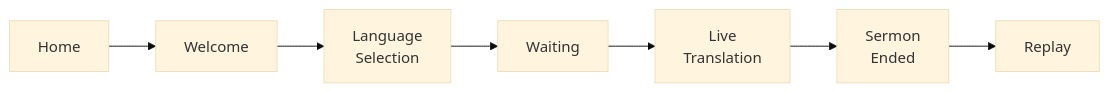
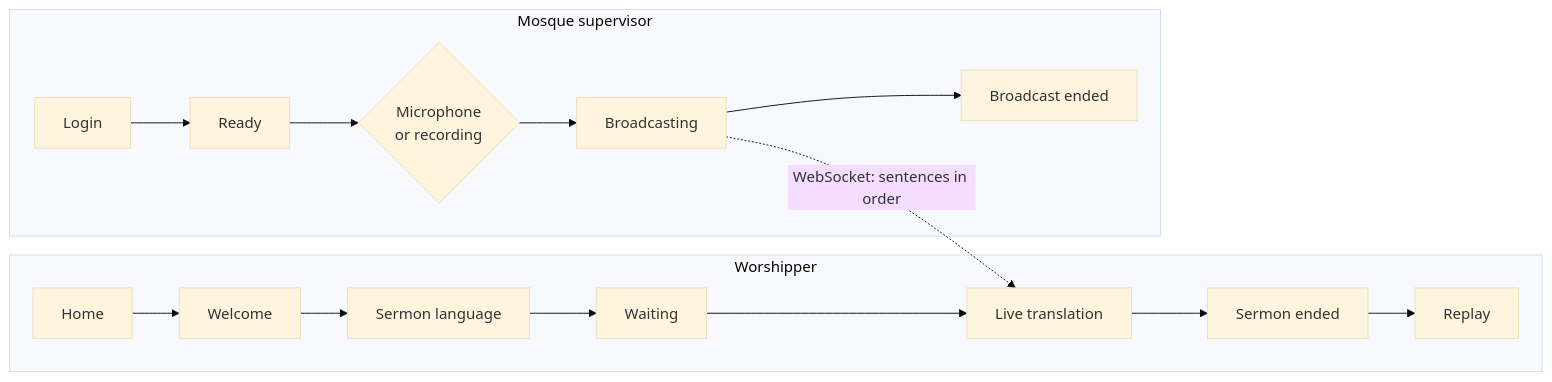
The first of 3 diagrams in README.md (arwaasirii2006-coder/minbar), drawn with Mermaid (base theme) before and after one commit. The commit also changed other lines of this file and 9 other files, not shown here.

````diff
--- a/README.md
+++ b/README.md
@@ -100,4 +109,10 @@
 ```mermaid
 flowchart LR
-    H["Home"] --> W["Welcome"] --> L["Language<br/>Selection"] --> WT["Waiting"] --> LT["Live<br/>Translation"] --> E["Sermon<br/>Ended"] --> R["Replay"]
+    subgraph W["Worshipper"]
+        H["Home"] --> WE["Welcome"] --> L["Sermon language"] --> WA["Waiting"] --> LI["Live translation"] --> E["Sermon ended"] --> R["Replay"]
+    end
+    subgraph S["Mosque supervisor"]
+        BL["Login"] --> RD["Ready"] --> SRC{"Microphone<br/>or recording"} --> BC["Broadcasting"] --> BE["Broadcast ended"]
+    end
+    BC -. "WebSocket: sentences in order" .-> LI
 ```
````
